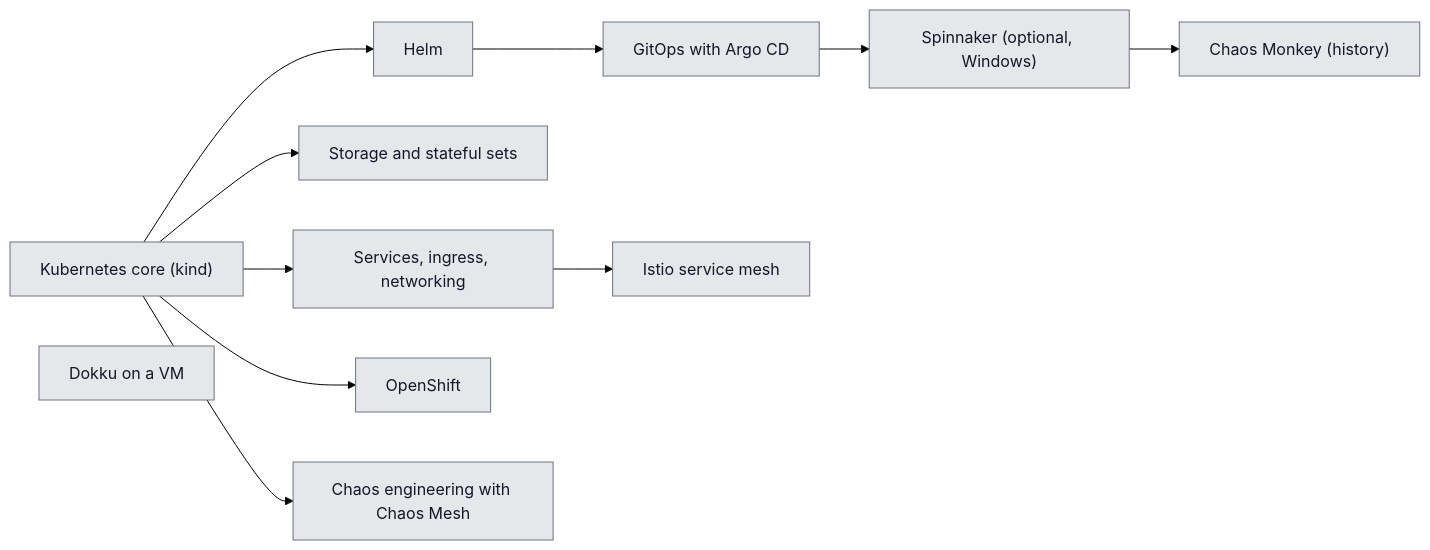
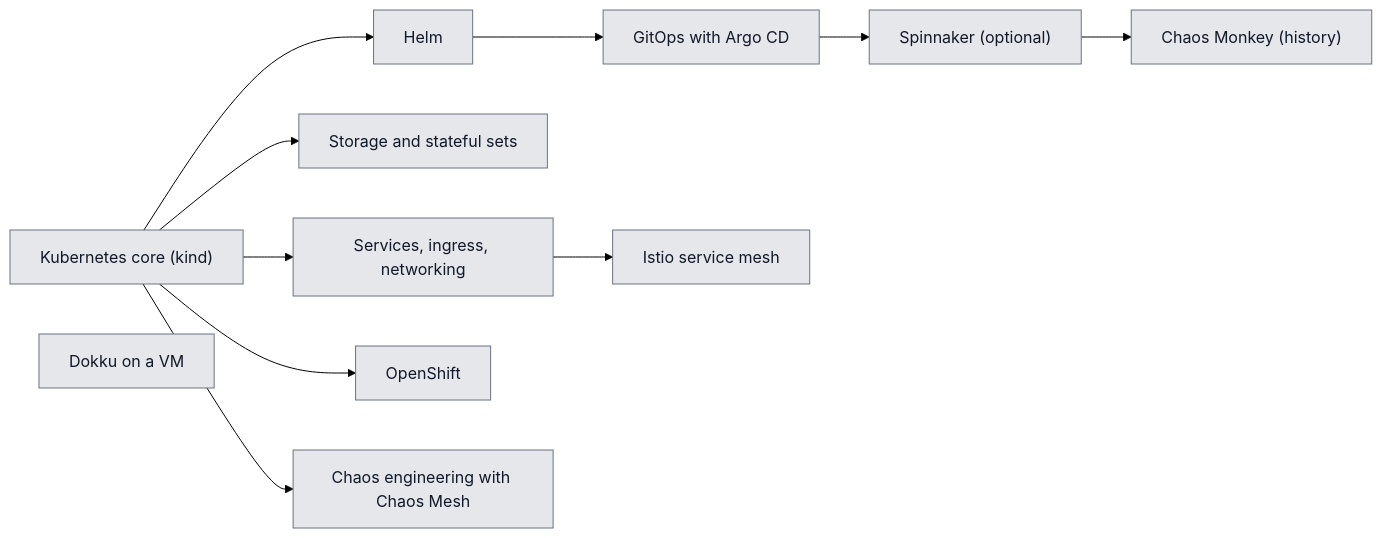
The diagram in labs/orchestration/README.md (LasterBergamot/learning-lab-template), drawn with Mermaid (forest theme) before and after one commit. The commit also changed other lines of this file and 29 other files, not shown here.

````diff
--- a/labs/orchestration/README.md
+++ b/labs/orchestration/README.md
@@ -20,29 +20,29 @@
 ```mermaid
 flowchart LR
   K8S["Kubernetes core (kind)"]
   KNET["Services, ingress, networking"]
   KSTO["Storage and stateful sets"]
   HELM["Helm"]
   ARGO["GitOps with Argo CD"]
   OCP["OpenShift"]
   ISTIO["Istio service mesh"]
   CMESH["Chaos engineering with Chaos Mesh"]
-  SPIN["Spinnaker (optional, Windows)"]
+  SPIN["Spinnaker (optional)"]
   CMON["Chaos Monkey (history)"]
   DOKKU["Dokku on a VM"]
   K8S --> KNET
   K8S --> KSTO
   K8S --> HELM
   HELM --> ARGO
   K8S --> OCP
   KNET --> ISTIO
   K8S --> CMESH
   ARGO --> SPIN
   SPIN --> CMON
 
   classDef todo fill:#e5e7eb,color:#111827,stroke:#6b7280
   classDef learning fill:#fde68a,color:#111827,stroke:#b45309
   classDef building fill:#bfdbfe,color:#111827,stroke:#1d4ed8
   classDef done fill:#bbf7d0,color:#111827,stroke:#15803d
   class K8S,KNET,KSTO,HELM,ARGO,OCP,ISTIO,CMESH,SPIN,CMON,DOKKU todo
 ```
````
